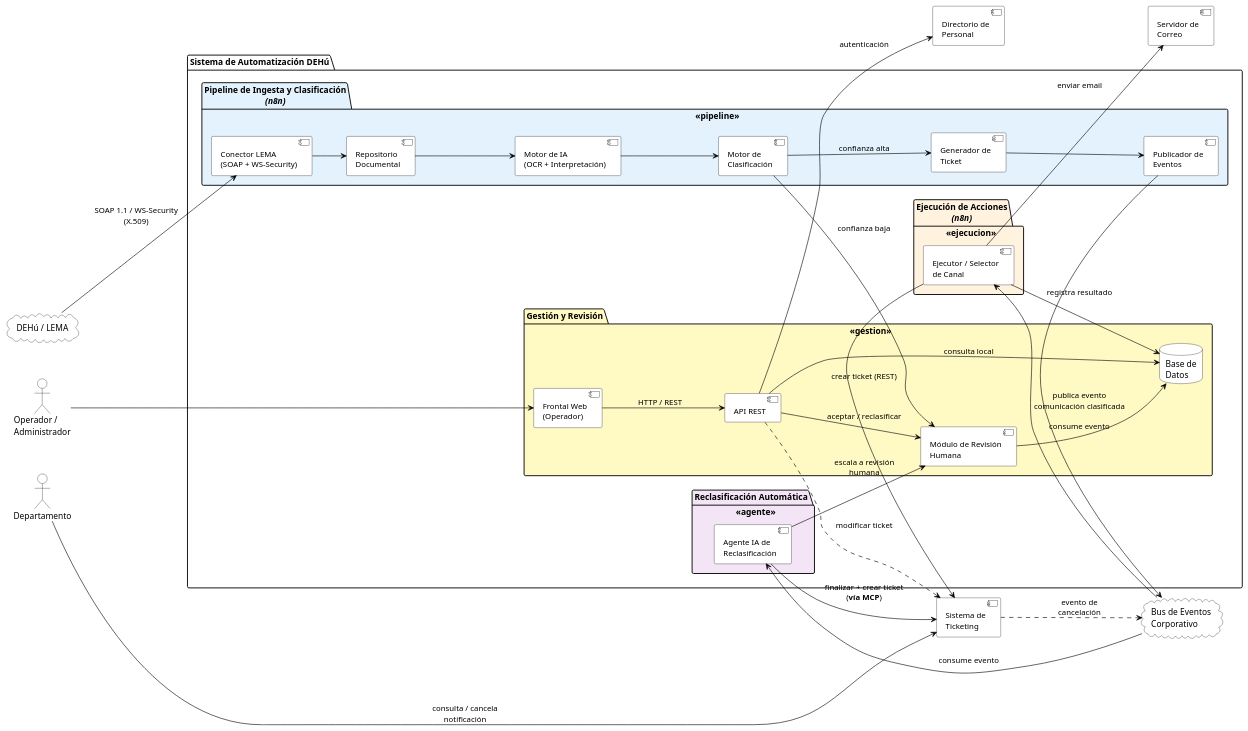
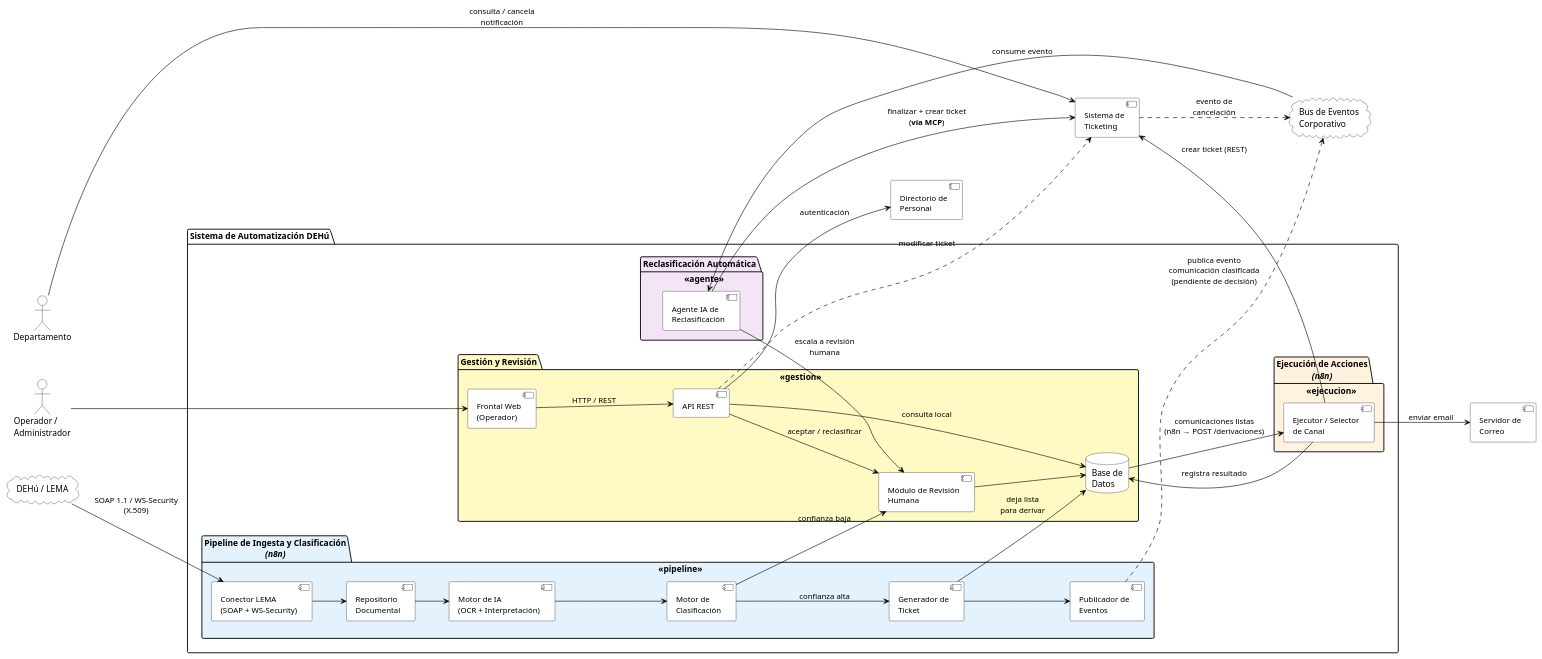
Before and after one commit to XIN917/TFM: the diagram in Diagramas/Diagrama_Componentes.md, drawn with PlantUML. The commit also changed other lines of this file and 7 other files, not shown here.

```diff
--- a/Diagramas/Diagrama_Componentes.md
+++ b/Diagramas/Diagrama_Componentes.md
@@ -143,8 +143,9 @@
 Clasificador --> Revision : confianza baja
 
 ' --- Publicación y consumo desacoplado del evento ---
-PubEventos --> Bus : publica evento\ncomunicación clasificada
-Bus --> Ejecutor : consume evento
+PubEventos ..> Bus : publica evento\ncomunicación clasificada\n(pendiente de decisión)
+GenTicket --> BD : deja lista\npara derivar
+BD --> Ejecutor : comunicaciones listas\n(n8n → POST /derivaciones)
 
 ' --- Ejecución de la acción ---
 Ejecutor --> Ticketing : crear ticket (REST)
```
